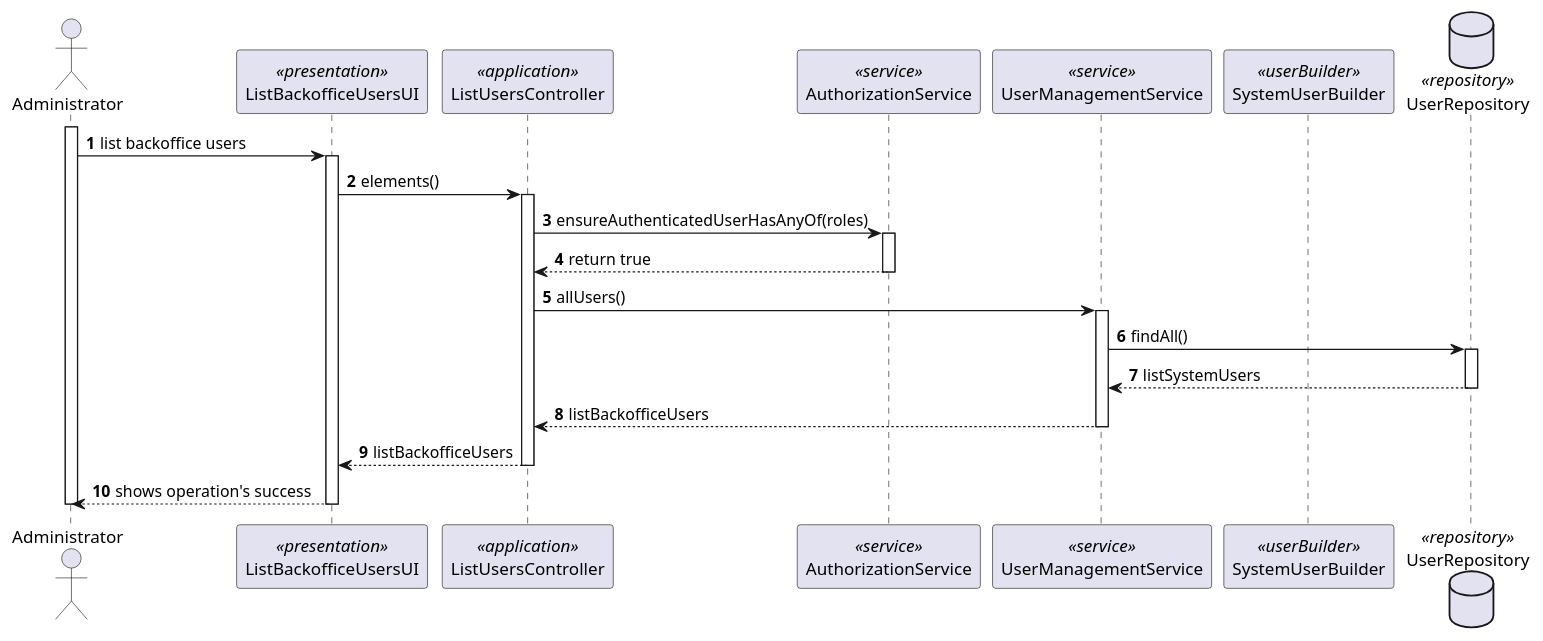
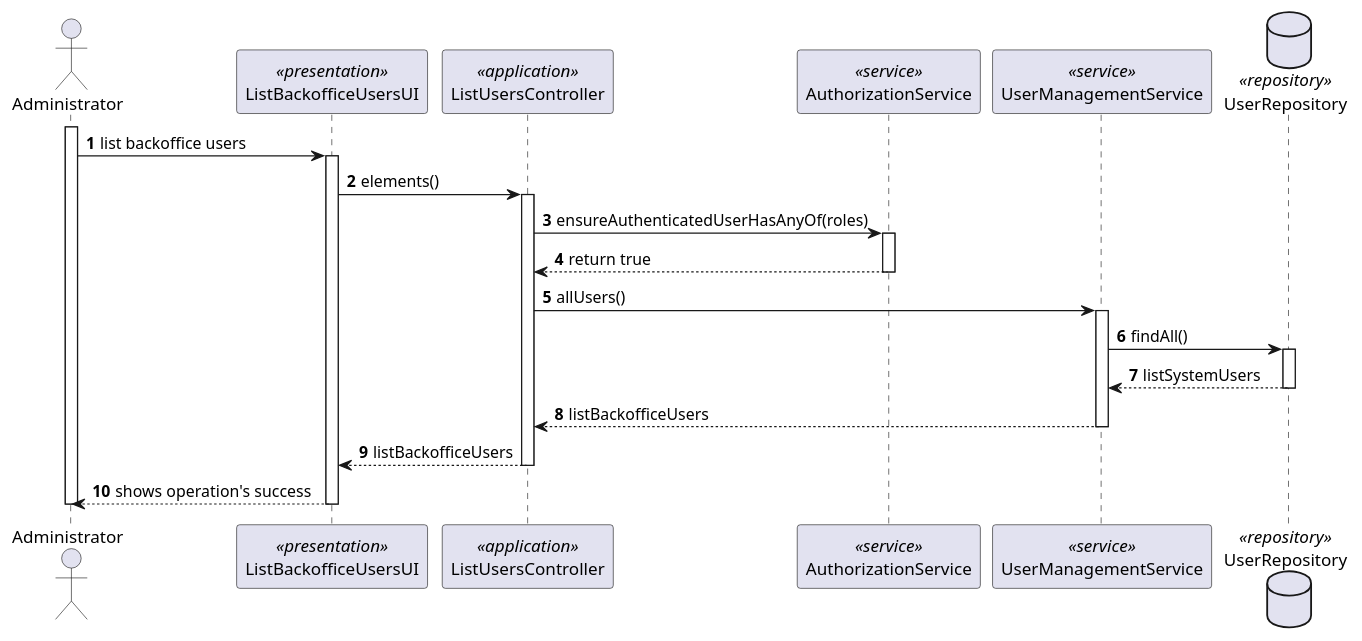
One commit to MiguelCardoso77/LAPR4 changed the diagram in docs/SprintB/1000/1000-sequence-diagram-listBackOfficeUser.puml. Above: the diagram before and after it, drawn with PlantUML. The commit also changed 1 other file, not shown here.

Commit message:
#8 sequence diagram for lis backOffice users update

```diff
--- a/docs/SprintB/1000/1000-sequence-diagram-listBackOfficeUser.puml
+++ b/docs/SprintB/1000/1000-sequence-diagram-listBackOfficeUser.puml
@@ -1,59 +1,58 @@
 @startuml
 autonumber
 
 
 actor Administrator
 
 participant ListBackofficeUsersUI <<presentation>>
 participant ListUsersController <<application>>
 participant AuthorizationService <<service>>
 participant UserManagementService <<service>>
-participant SystemUserBuilder <<userBuilder>>
 database UserRepository <<repository>>
 
 
 activate Administrator
 
     Administrator -> ListBackofficeUsersUI: list backoffice users
 
         activate ListBackofficeUsersUI
 
     ListBackofficeUsersUI -> ListUsersController: elements()
 
         activate ListUsersController
 
     ListUsersController -> AuthorizationService: ensureAuthenticatedUserHasAnyOf(roles)
 
         activate AuthorizationService
 
     AuthorizationService --> ListUsersController: return true
 
         deactivate AuthorizationService
 
     ListUsersController -> UserManagementService: allUsers()
 
         activate UserManagementService
 
     UserManagementService -> UserRepository: findAll()
 
         activate UserRepository
 
     UserRepository --> UserManagementService: listSystemUsers
 
         deactivate UserRepository
 
     UserManagementService --> ListUsersController: listBackofficeUsers
 
         deactivate UserManagementService
 
     ListUsersController --> ListBackofficeUsersUI: listBackofficeUsers
 
         deactivate ListUsersController
 
     ListBackofficeUsersUI --> Administrator : shows operation's success
 
         deactivate ListBackofficeUsersUI
 
         deactivate Administrator
 
 @enduml
```
